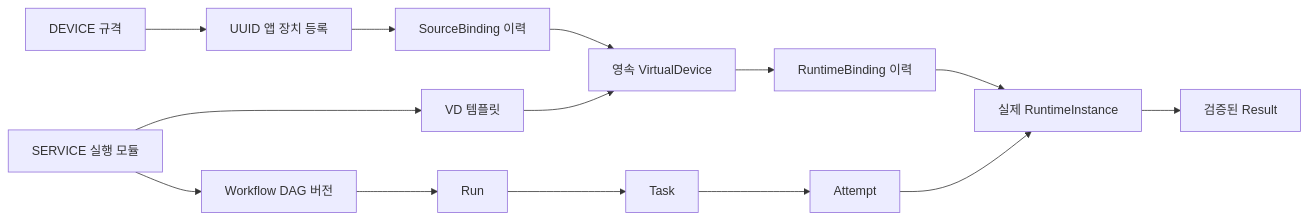
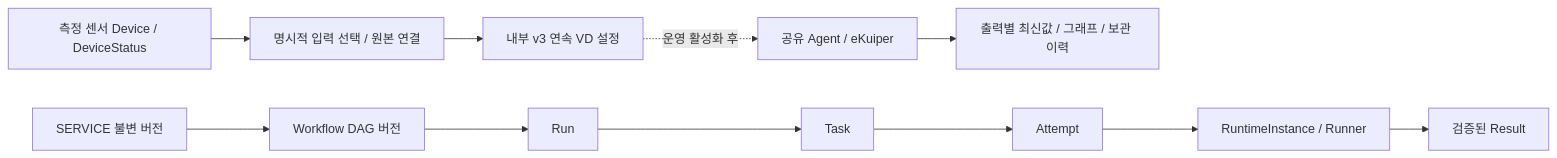
Before and after one commit to dsa04156/edgeai: the diagram in docs/reference/design-alignment.md, drawn with Mermaid. The commit also changed other lines of this file and 22 other files, not shown here.

Commit message:
docs: align sensor and virtual device guides with current continuous processing

````diff
--- a/docs/reference/design-alignment.md
+++ b/docs/reference/design-alignment.md
@@ -11,16 +7,13 @@
 ```mermaid
 flowchart LR
-  DP[DEVICE 규격] --> D[UUID 앱 장치 등록]
-  SP[SERVICE 실행 모듈] --> VP[VD 템플릿]
-  VP --> V[영속 VirtualDevice]
-  D --> SB[SourceBinding 이력]
-  SB --> V
-  V --> RB[RuntimeBinding 이력]
-  RB --> I[실제 RuntimeInstance]
-  SP --> W[Workflow DAG 버전]
+  S[측정 센서 Device / DeviceStatus] --> B[명시적 입력 선택 / 원본 연결]
+  B --> V[내부 v3 연속 VD 설정]
+  V -. 운영 활성화 후 .-> E[공유 Agent / eKuiper]
+  E --> O[출력별 최신값 / 그래프 / 보관 이력]
+  P[SERVICE 불변 버전] --> W[Workflow DAG 버전]
   W --> R[Run]
   R --> T[Task]
   T --> A[Attempt]
-  A --> I
-  I --> O[검증된 Result]
+  A --> I[RuntimeInstance / Runner]
+  I --> C[검증된 Result]
 ```
````
